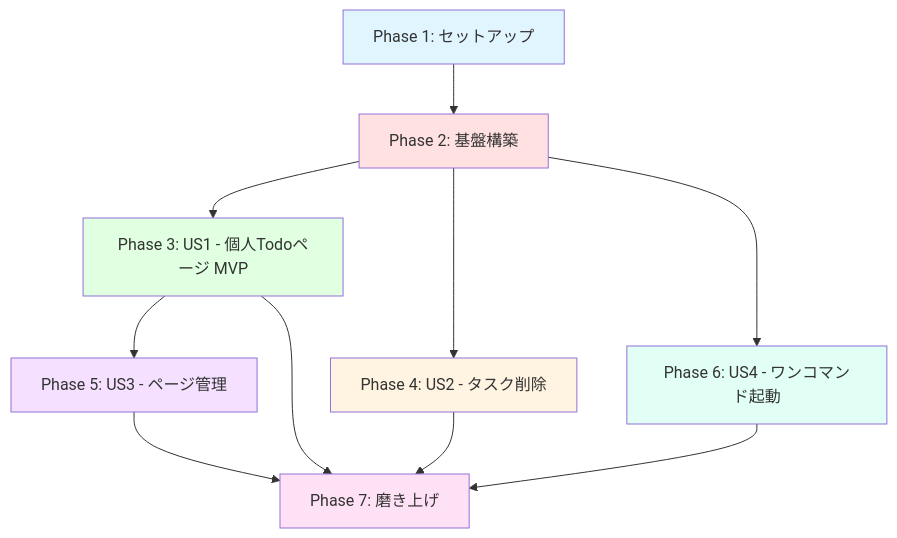
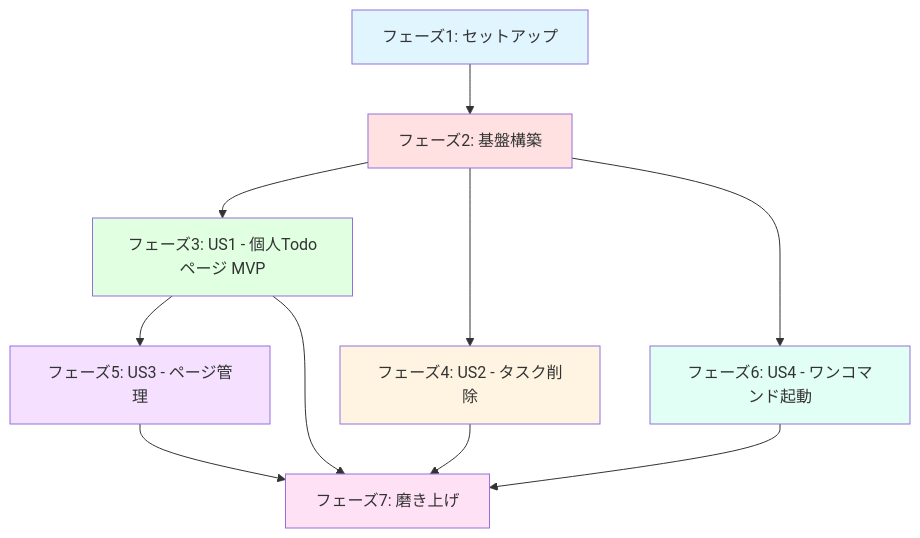
One commit to J1921604/todo-app changed the first of 7 diagrams in specs/feature/impl-001-todo-app/tasks.md. Above: the diagram before and after it, drawn with Mermaid. The commit also changed other lines of this file, not shown here.

````diff
--- a/specs/feature/impl-001-todo-app/tasks.md
+++ b/specs/feature/impl-001-todo-app/tasks.md
@@ -201,20 +197,20 @@
 ```mermaid
 flowchart TD
-    P1[Phase 1: セットアップ] --> P2[Phase 2: 基盤構築]
-    P2 --> P3[Phase 3: US1 - 個人Todoページ MVP]
-    P2 --> P4[Phase 4: US2 - タスク削除]
-    P2 --> P6[Phase 6: US4 - ワンコマンド起動]
-    P3 --> P5[Phase 5: US3 - ページ管理]
-    P3 --> P7[Phase 7: 磨き上げ]
+    P1[フェーズ1: セットアップ] --> P2[フェーズ2: 基盤構築]
+    P2 --> P3[フェーズ3: US1 - 個人Todoページ MVP]
+    P2 --> P4[フェーズ4: US2 - タスク削除]
+    P2 --> P6[フェーズ6: US4 - ワンコマンド起動]
+    P3 --> P5[フェーズ5: US3 - ページ管理]
+    P3 --> P7[フェーズ7: 磨き上げ]
     P4 --> P7
     P5 --> P7
     P6 --> P7
     
     style P1 fill:#e1f5ff
     style P2 fill:#ffe1e1
     style P3 fill:#e1ffe1
     style P4 fill:#fff4e1
     style P5 fill:#f5e1ff
     style P6 fill:#e1fff4
     style P7 fill:#ffe1f5
 ```
````
